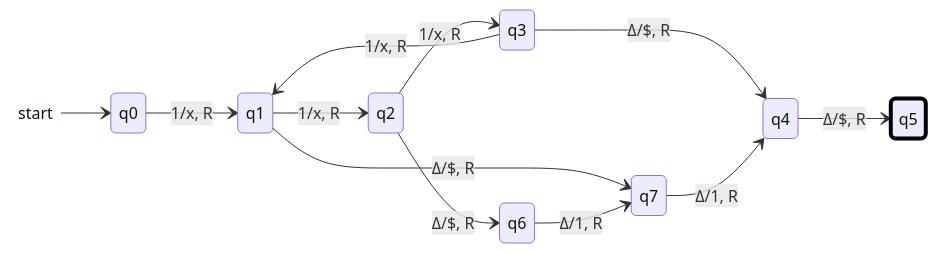
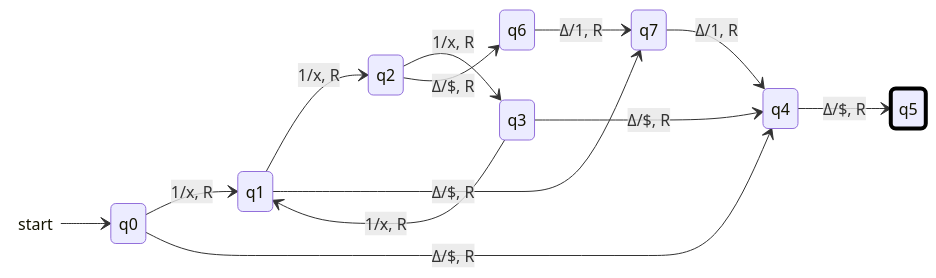
One commit to 3strategy/BeautifulMivney changed the seventh of 9 diagrams in modelim/matala5/matala5.md. Above: the diagram before and after it, drawn with Mermaid. The commit also changed other lines of this file and 2 other files, not shown here.

````diff
--- a/modelim/matala5/matala5.md
+++ b/modelim/matala5/matala5.md
@@ -518,21 +513,22 @@
 ```mermaid
     stateDiagram-v2
     direction LR
     state " " as start
     start --> q0
     q0 --> q1 : 1/x, R
     q1 --> q2 : 1/x, R
     q1 --> q7 : Δ/#36;, R
     q2 --> q3 : 1/x, R
     q2 --> q6 : Δ/#36;, R
     q3 --> q1 : 1/x, R
     q3 --> q4 : Δ/#36;, R
+    q0 --> q4 : Δ/#36;, R
     q4 --> q5 : Δ/#36;, R
     q6 --> q7 : Δ/1, R
     q7 --> q4 : Δ/1, R
 
     class q5 accepting
     class start invisible
     classDef accepting stroke:#000,stroke-width:4px
     classDef invisible fill:transparent,stroke:transparent
 ```
````
